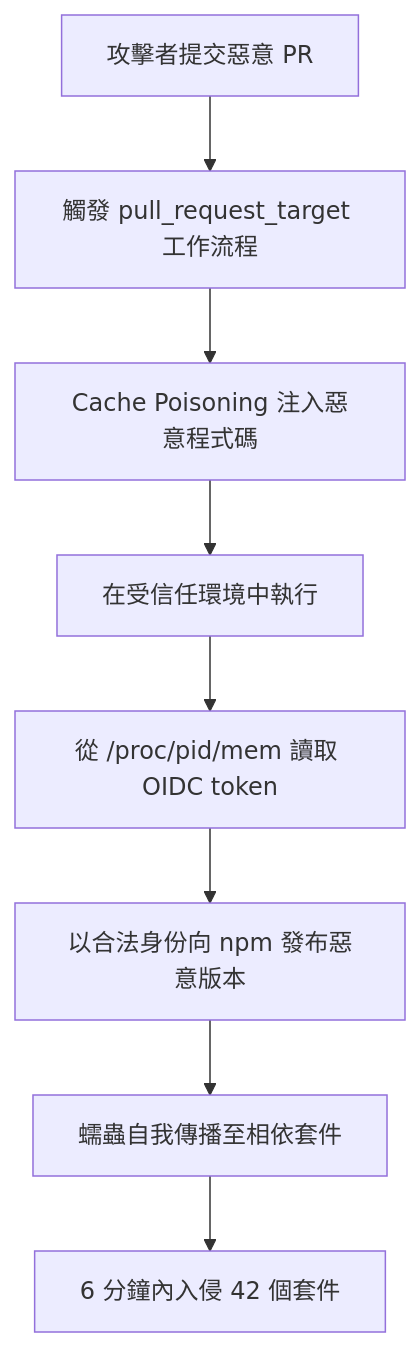
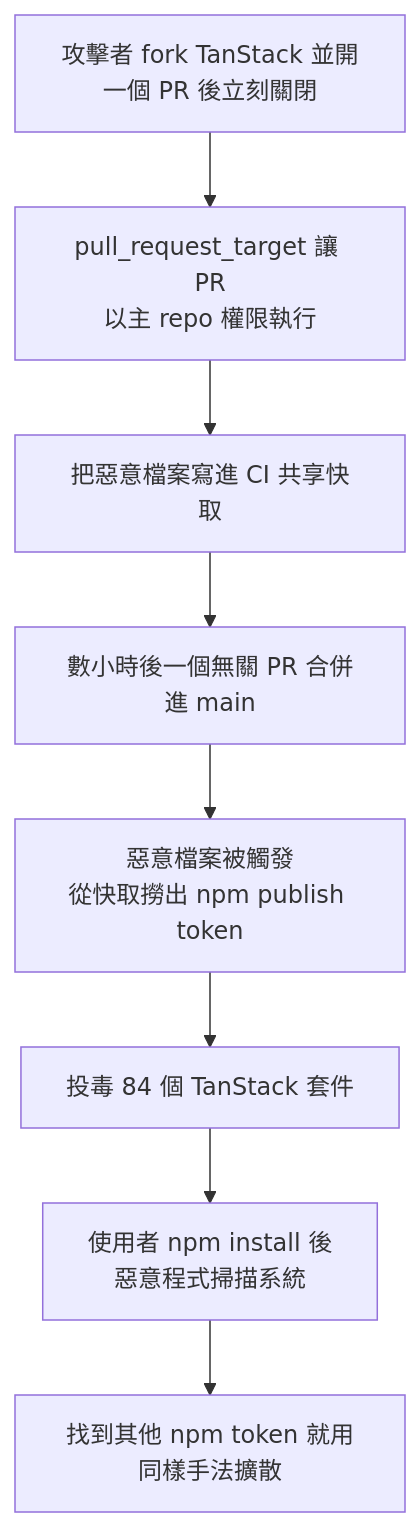
The diagram in src/content/posts/tech/2026-05-17-a-worm-just-ate-its-way-through-the-npm-registry.md (a920604a/engineernews), drawn with Mermaid before and after one commit. The commit also changed other lines of this file and 468 other files, not shown here.

````diff
--- a/src/content/posts/tech/2026-05-17-a-worm-just-ate-its-way-through-the-npm-registry.md
+++ b/src/content/posts/tech/2026-05-17-a-worm-just-ate-its-way-through-the-npm-registry.md
@@ -56,10 +45,10 @@
 ```mermaid
 graph TD
-    A[攻擊者提交惡意 PR] --> B[觸發 pull_request_target 工作流程]
-    B --> C[Cache Poisoning 注入惡意程式碼]
-    C --> D[在受信任環境中執行]
-    D --> E[從 /proc/pid/mem 讀取 OIDC token]
-    E --> F[以合法身份向 npm 發布惡意版本]
-    F --> G[蠕蟲自我傳播至相依套件]
-    G --> H[6 分鐘內入侵 42 個套件]
+    A[攻擊者 fork TanStack 並開一個 PR 後立刻關閉] --> B["pull_request_target 讓 PR<br/>以主 repo 權限執行"]
+    B --> C[把惡意檔案寫進 CI 共享快取]
+    C --> D[數小時後一個無關 PR 合併進 main]
+    D --> E[惡意檔案被觸發<br/>從快取撈出 npm publish token]
+    E --> F[投毒 84 個 TanStack 套件]
+    F --> G[使用者 npm install 後<br/>惡意程式掃描系統]
+    G --> H[找到其他 npm token 就用同樣手法擴散]
 ```
````
